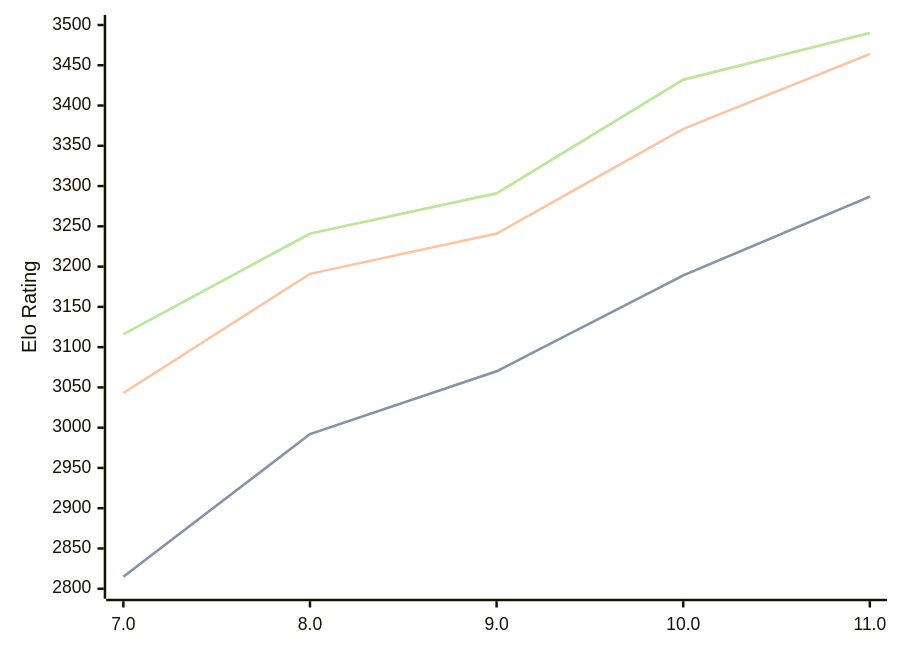
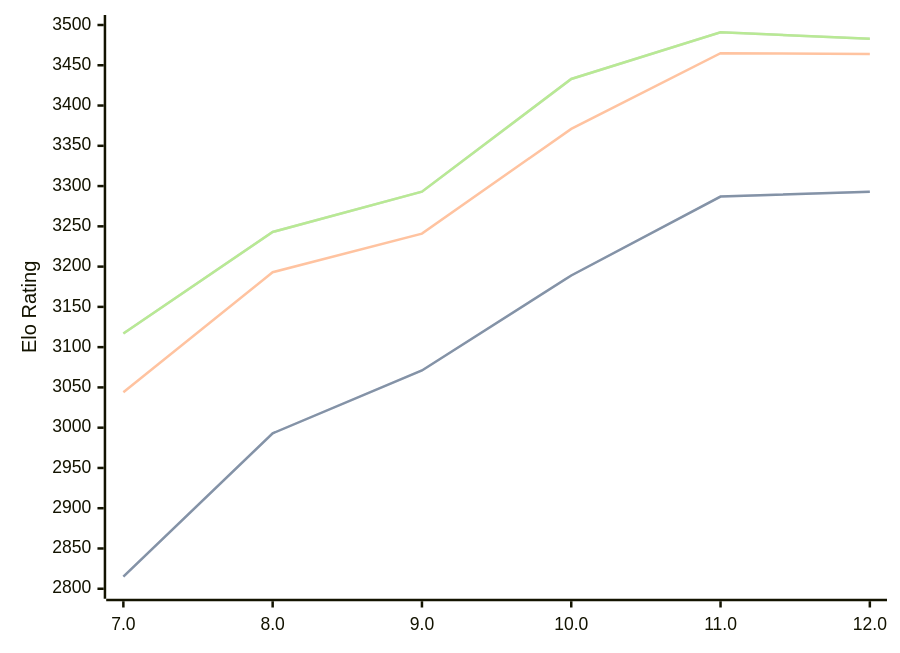
Before and after one commit to computer-chess-index/cci: the diagram in engines/Tcheran.md, drawn with Mermaid. The commit also changed other lines of this file, not shown here.

Commit message:
Update CCI Ratings (ELO VLTC) - 2026-05-12

````diff
--- a/engines/Tcheran.md
+++ b/engines/Tcheran.md
@@ -49,11 +50,11 @@
 ```mermaid
 %%{init: {"theme":"base","themeVariables":{"seriesColors:['#a3a3a3','#222221','#faa371']}}}%%
 xychart-beta
-  x-axis ["7.0", "8.0", "9.0", "10.0", "11.0"]
+  x-axis ["7.0", "8.0", "9.0", "10.0", "11.0", "12.0"]
   y-axis "Elo Rating" 2800 --> 3500
-  line "STC (8.0+0.08s)" [2815, 2992, 3070, 3189, 3287]
-  line "STC (8.0+0.08s)" [2815, 2992, 3070, 3189, 3287]
-  line "LTC (60.0+0.60s)" [3043, 3191, 3241, 3371, 3464]
-  line "VLTC (2m24s+1.12s)" [3116, 3241, 3291, 3432, 3490]
-  line "VLTC (2m24s+1.12s)" [3116, 3241, 3291, 3432, 3490]
+  line "STC (8.0+0.08s)" [2815, 2993, 3071, 3189, 3287, 3293]
+  line "STC (8.0+0.08s)" [2815, 2993, 3071, 3189, 3287, 3293]
+  line "LTC (60.0+0.60s)" [3044, 3193, 3241, 3371, 3465, 3464]
+  line "VLTC (2m24s+1.12s)" [3117, 3243, 3293, 3433, 3491, 3483]
+  line "VLTC (2m24s+1.12s)" [3117, 3243, 3293, 3433, 3491, 3483]
 ```
````
